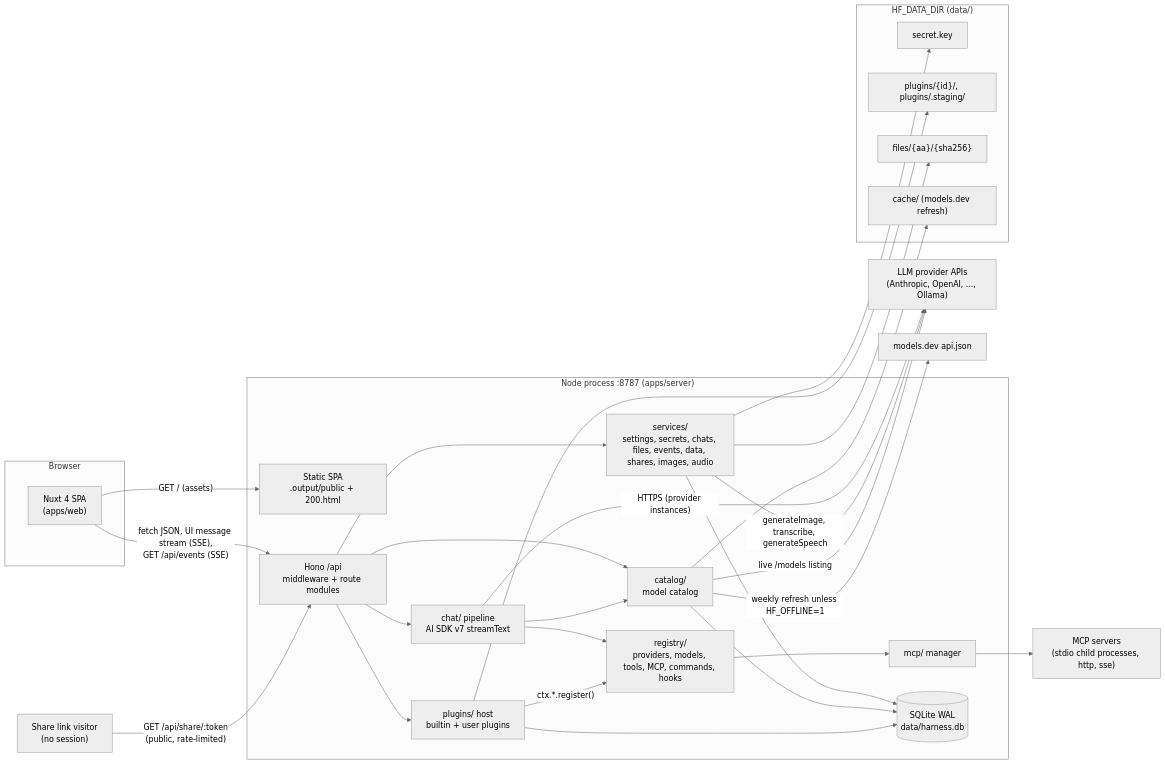
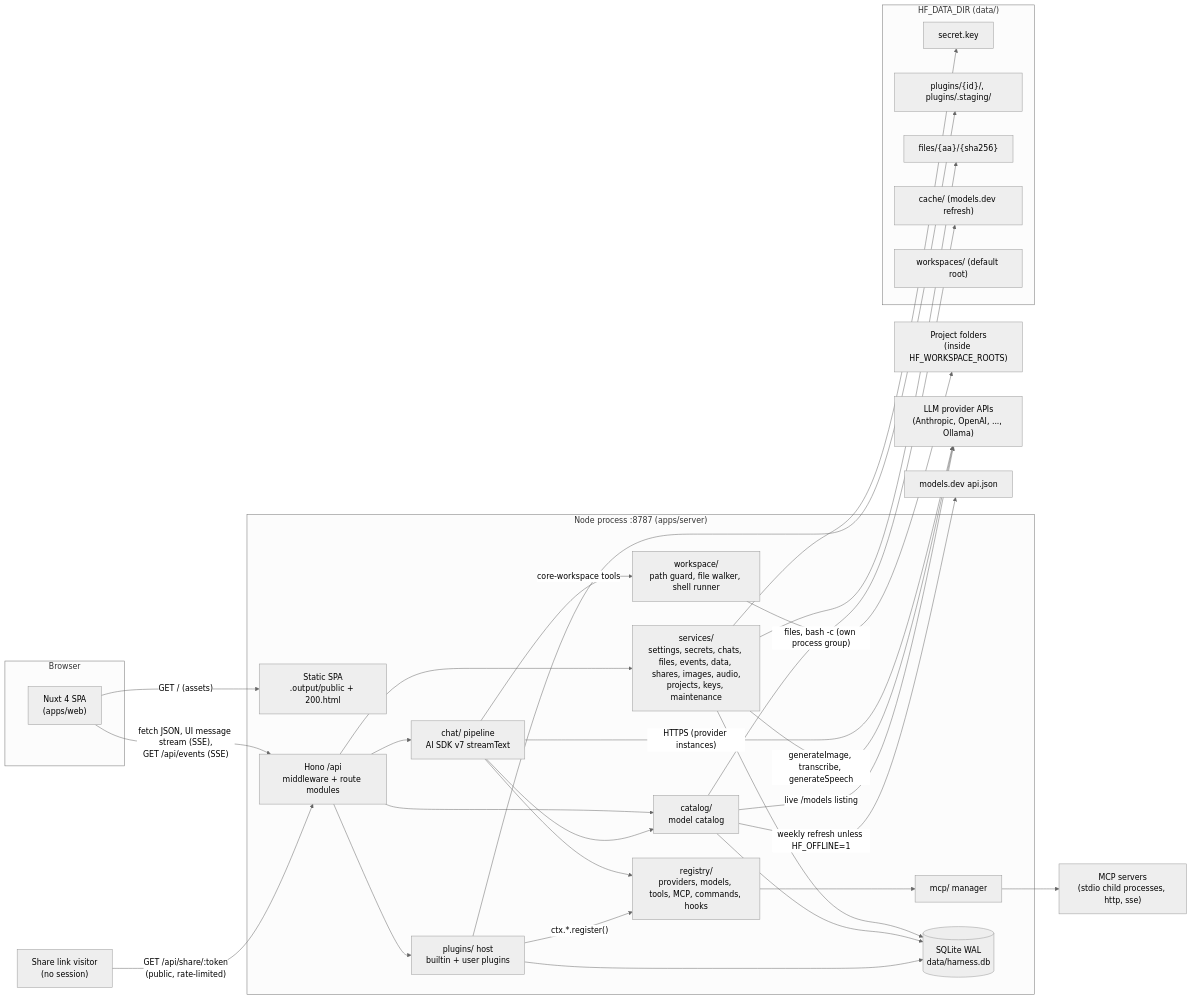
Before and after one commit to maksqi/harness-forge: the first of 16 diagrams in docs/ARCHITECTURE.md, drawn with Mermaid (neutral theme). The commit also changed other lines of this file and 77 other files, not shown here.

````diff
--- a/docs/ARCHITECTURE.md
+++ b/docs/ARCHITECTURE.md
@@ -13,50 +13,55 @@
 ```mermaid
 flowchart LR
   subgraph Browser
     SPA["Nuxt 4 SPA<br/>(apps/web)"]
   end
   subgraph Server["Node process :8787 (apps/server)"]
     Static["Static SPA<br/>.output/public + 200.html"]
     API["Hono /api<br/>middleware + route modules"]
     Chat["chat/ pipeline<br/>AI SDK v7 streamText"]
     Host["plugins/ host<br/>builtin + user plugins"]
     Reg["registry/<br/>providers, models, tools, MCP, commands, hooks"]
     Cat["catalog/<br/>model catalog"]
     MCPM["mcp/ manager"]
-    Svc["services/<br/>settings, secrets, chats, files, events, data, shares, images, audio"]
+    Svc["services/<br/>settings, secrets, chats, files, events, data, shares, images, audio,<br/>projects, keys, maintenance"]
+    WS["workspace/<br/>path guard, file walker, shell runner"]
     DB[("SQLite WAL<br/>data/harness.db")]
   end
   subgraph DataDir["HF_DATA_DIR (data/)"]
     Key["secret.key"]
     PDir["plugins/{id}/, plugins/.staging/"]
     Files["files/{aa}/{sha256}"]
     Cache["cache/ (models.dev refresh)"]
+    WRoot["workspaces/ (default root)"]
   end
+  Proj["Project folders<br/>(inside HF_WORKSPACE_ROOTS)"]
   LLM["LLM provider APIs<br/>(Anthropic, OpenAI, ..., Ollama)"]
   MCPS["MCP servers<br/>(stdio child processes, http, sse)"]
   MD["models.dev api.json"]
 
   SPA -- "fetch JSON, UI message stream (SSE),<br/>GET /api/events (SSE)" --> API
   Visitor["Share link visitor<br/>(no session)"] -- "GET /api/share/:token<br/>(public, rate-limited)" --> API
   SPA -- "GET / (assets)" --> Static
   API --> Chat
   API --> Svc
   API --> Host
   API --> Cat
   Chat --> Reg
   Chat --> Cat
   Host -- "ctx.*.register()" --> Reg
   Reg --> MCPM
   Chat -- "HTTPS (provider instances)" --> LLM
   Svc -- "generateImage, transcribe, generateSpeech" --> LLM
   Cat -- "live /models listing" --> LLM
   Cat -- "weekly refresh unless HF_OFFLINE=1" --> MD
   MCPM --> MCPS
+  Chat -- "core-workspace tools" --> WS
+  WS -- "files, bash -c (own process group)" --> Proj
   Svc --> DB
   Cat --> DB
   Host --> DB
   Svc --> Key
   Svc --> Files
   Host --> PDir
   Cat --> Cache
 ```
````
